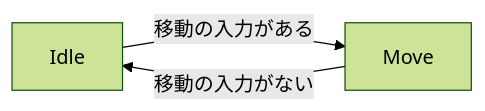
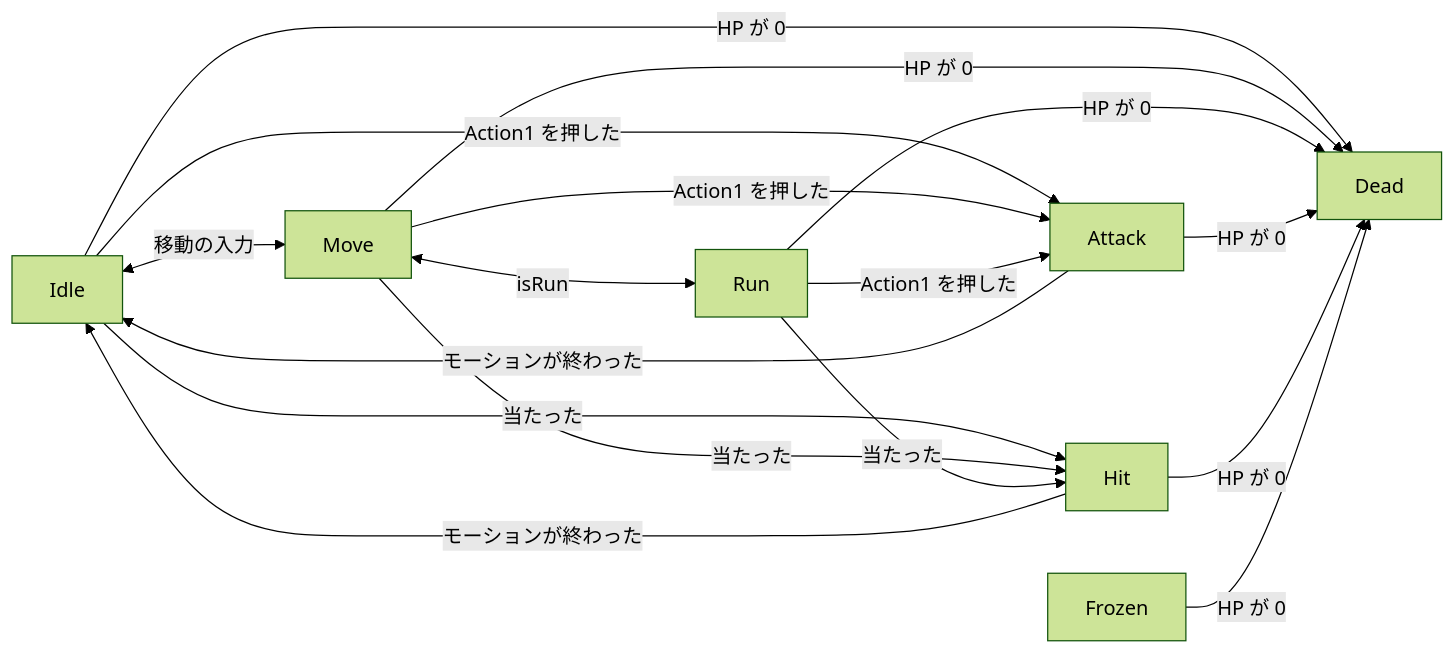
Before and after one commit to hirota-ryuki/Action: the first of 2 diagrams in Action/docs/ゲーム/敵/敵のステートの設計.md, drawn with Mermaid (forest theme). The commit also changed other lines of this file and 5 other files, not shown here.

````diff
--- a/Action/docs/ゲーム/敵/敵のステートの設計.md
+++ b/Action/docs/ゲーム/敵/敵のステートの設計.md
@@ -17,5 +17,10 @@
 ```mermaid
 flowchart LR
-    I[Idle] -->|移動の入力がある| M[Move]
-    M -->|移動の入力がない| I
+    I[Idle] <-->|移動の入力| M[Move]
+    M <-->|isRun| R[Run]
+    I & M & R -->|Action1 を押した| A[Attack]
+    A -->|モーションが終わった| I
+    I & M & R -->|当たった| H[Hit]
+    H -->|モーションが終わった| I
+    I & M & R & A & H & F[Frozen] -->|HP が 0| D[Dead]
 ```
````
